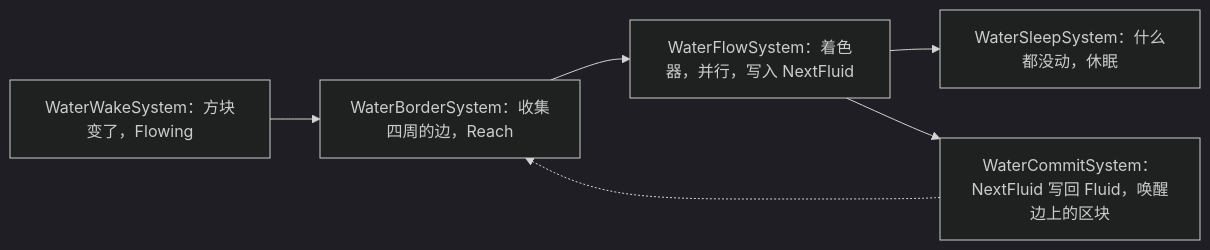
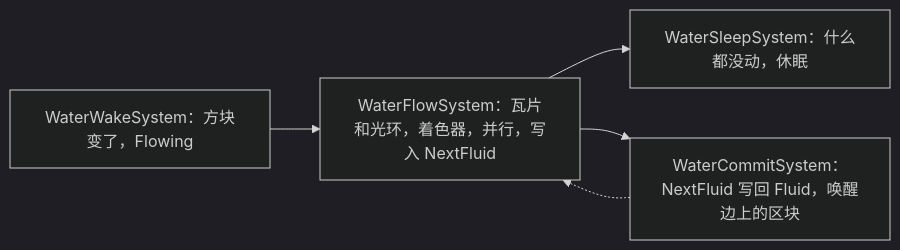
One commit to JasonXuDeveloper/EasyEcs changed the third of 3 diagrams in docs/content/samples/voxel-server.zh.mdx. Above: the diagram before and after it, drawn with Mermaid (dark theme). The commit also changed other lines of this file and 48 other files, not shown here.

````diff
--- a/docs/content/samples/voxel-server.zh.mdx
+++ b/docs/content/samples/voxel-server.zh.mdx
@@ -216,8 +216,7 @@
 ```mermaid
 flowchart LR
-  wake[WaterWakeSystem：方块变了，Flowing] --> border[WaterBorderSystem：收集四周的边，Reach]
-  border --> flow[WaterFlowSystem：着色器，并行，写入 NextFluid]
+  wake[WaterWakeSystem：方块变了，Flowing] --> flow[WaterFlowSystem：瓦片和光环，着色器，并行，写入 NextFluid]
   flow --> sleep[WaterSleepSystem：什么都没动，休眠]
   flow --> commit[WaterCommitSystem：NextFluid 写回 Fluid，唤醒边上的区块]
-  commit -.-> border
+  commit -.-> flow
 ```
````
